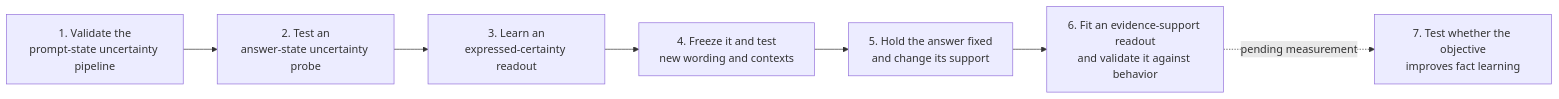
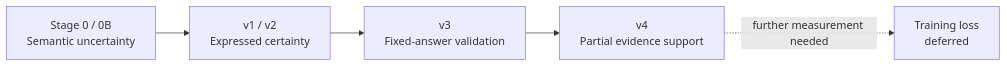
One commit to WenyiJin2003/mechanistic-confidence-sdt changed the diagram in README.md. Above: the diagram before and after it, drawn with Mermaid. The commit also changed other lines of this file and 30 other files, not shown here.

Commit message:
Report partial evidence support and failed confidence validation

````diff
--- a/README.md
+++ b/README.md
@@ -51,9 +52,7 @@
 ```mermaid
 flowchart LR
-    S1["1. Validate the<br/>prompt-state uncertainty pipeline"] --> S2["2. Test an<br/>answer-state uncertainty probe"]
-    S2 --> S3["3. Learn an<br/>expressed-certainty readout"]
-    S3 --> S4["4. Freeze it and test<br/>new wording and contexts"]
-    S4 --> S5["5. Hold the answer fixed<br/>and change its support"]
-    S5 --> S6["6. Fit an evidence-support readout<br/>and validate it against behavior"]
-    S6 -. "pending measurement" .-> S7["7. Test whether the objective<br/>improves fact learning"]
+    U["Stage 0 / 0B<br/>Semantic uncertainty"] --> C["v1 / v2<br/>Expressed certainty"]
+    C --> S["v3<br/>Fixed-answer validation"]
+    S --> E["v4<br/>Partial evidence support"]
+    E -. "further measurement needed" .-> T["Training loss<br/>deferred"]
 ```
````
